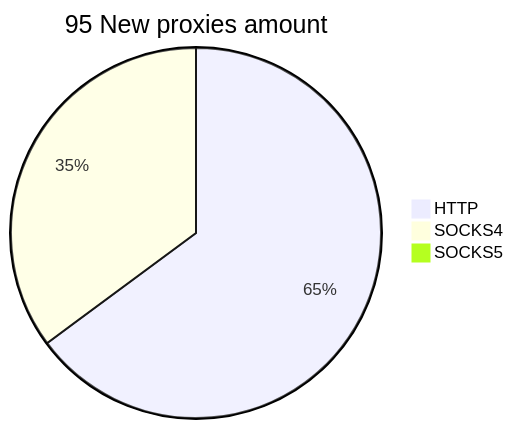
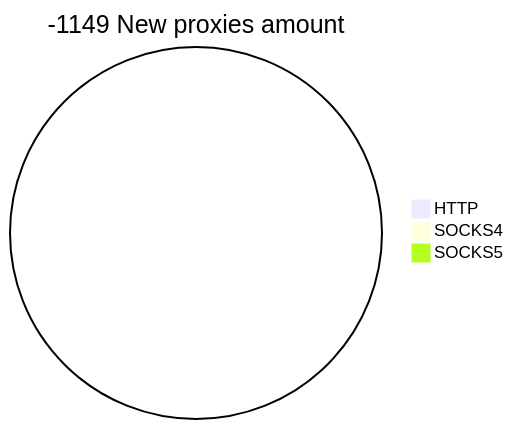
Before and after one commit to cutipu/proxylist: the second of 2 diagrams in README.md, drawn with Mermaid. The commit also changed other lines of this file, not shown here.

````diff
--- a/README.md
+++ b/README.md
@@ -10,6 +10,6 @@
 ```mermaid
-pie title 95 New proxies amount
-    "HTTP" : 491
-    "SOCKS4" : 266
+pie title -1149 New proxies amount
+    "HTTP" : 0
+    "SOCKS4" : 0
     "SOCKS5" : 0
 ```
````
